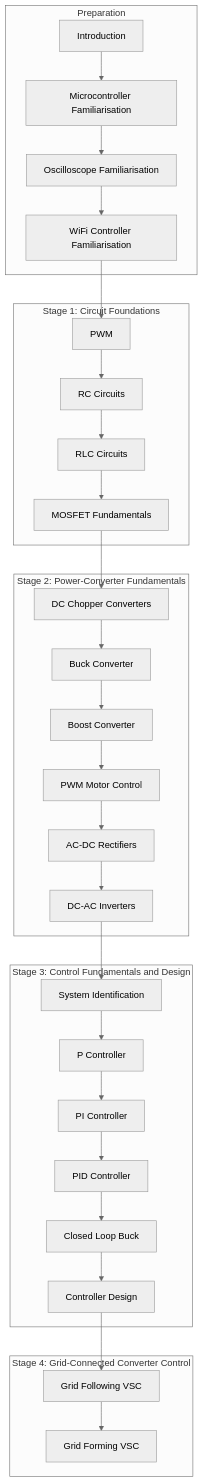
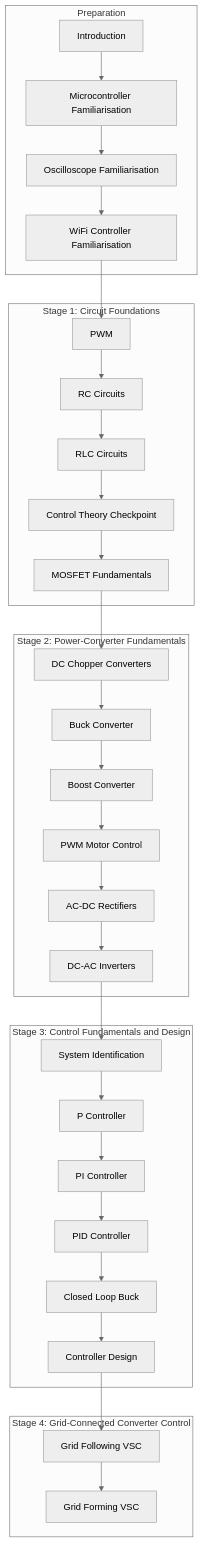
Before and after one commit to jaimetriv/power-electronics-and-control-training: the diagram in docs/index.md, drawn with Mermaid (neutral theme). The commit also changed 22 other files, not shown here.

````diff
--- a/docs/index.md
+++ b/docs/index.md
@@ -91,56 +91,58 @@
 ```mermaid
 flowchart TD
 
 subgraph S0[Preparation]
 A[Introduction]
 --> A1[Microcontroller Familiarisation]
 
 A1 --> A2[Oscilloscope Familiarisation]
 
 A2 --> A3[WiFi Controller Familiarisation]
 end
 
 subgraph S1[Stage 1: Circuit Foundations]
 A3 --> B[PWM]
 
 B --> C[RC Circuits]
 
 C --> D[RLC Circuits]
 
-D --> E[MOSFET Fundamentals]
+D --> CP[Control Theory Checkpoint]
+
+CP --> E[MOSFET Fundamentals]
 end
 
 subgraph S2[Stage 2: Power-Converter Fundamentals]
 E --> F[DC Chopper Converters]
 
 F --> G[Buck Converter]
 
 G --> H[Boost Converter]
 
 H --> I[PWM Motor Control]
 
 I --> J[AC-DC Rectifiers]
 
 J --> K[DC-AC Inverters]
 end
 
 subgraph S3[Stage 3: Control Fundamentals and Design]
 K --> L[System Identification]
 
 L --> M[P Controller]
 
 M --> N[PI Controller]
 
 N --> O[PID Controller]
 
 O --> P[Closed Loop Buck]
 
 P --> Q[Controller Design]
 end
 
 subgraph S4[Stage 4: Grid-Connected Converter Control]
 Q --> R[Grid Following VSC]
 
 R --> S[Grid Forming VSC]
 end
 ```
````
